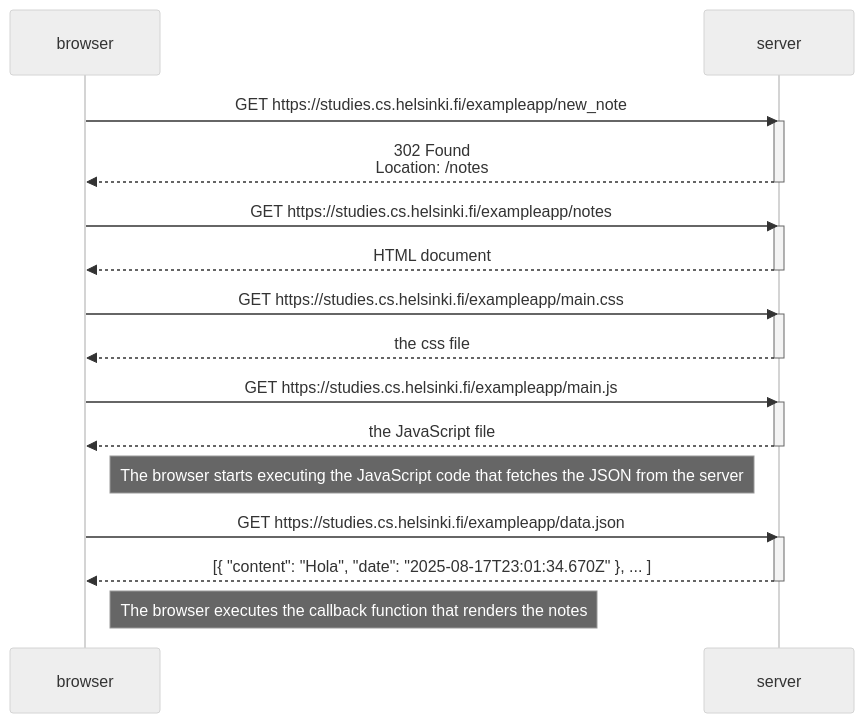
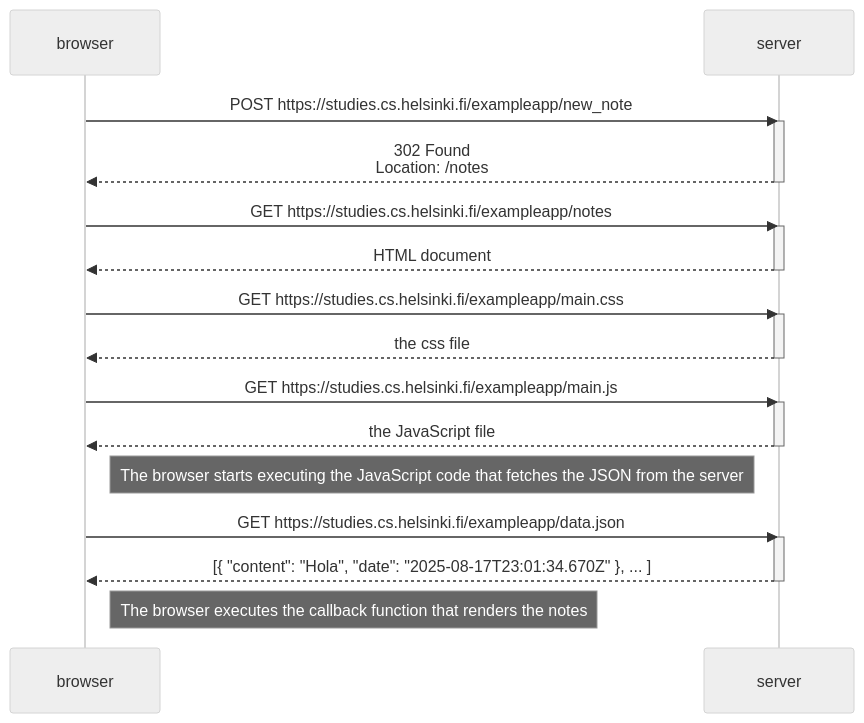
One commit to Diego-Avanzatti/fullStackOpen changed the diagram in part0/Diagrama_de_nota.md. Above: the diagram before and after it, drawn with Mermaid (neutral theme).

````diff
--- a/part0/Diagrama_de_nota.md
+++ b/part0/Diagrama_de_nota.md
@@ -1,35 +1,35 @@
 ```mermaid
 
 sequenceDiagram
     participant browser
     participant server
 
-    browser->>server: GET https://studies.cs.helsinki.fi/exampleapp/new_note
+    browser->>server: POST https://studies.cs.helsinki.fi/exampleapp/new_note
     activate server
     server-->>browser: 302 Found <br/> Location: /notes
     deactivate server
 
     browser->>server: GET https://studies.cs.helsinki.fi/exampleapp/notes
     activate server
     server-->>browser: HTML document
     deactivate server
 
     browser->>server: GET https://studies.cs.helsinki.fi/exampleapp/main.css
     activate server
     server-->>browser: the css file
     deactivate server
 
     browser->>server: GET https://studies.cs.helsinki.fi/exampleapp/main.js
     activate server
     server-->>browser: the JavaScript file
     deactivate server
 
     Note right of browser: The browser starts executing the JavaScript code that fetches the JSON from the server
 
     browser->>server: GET https://studies.cs.helsinki.fi/exampleapp/data.json
     activate server
     server-->>browser: [{ "content": "Hola", "date": "2025-08-17T23:01:34.670Z" }, ... ]
     deactivate server
 
     Note right of browser: The browser executes the callback function that renders the notes
 ```
````
